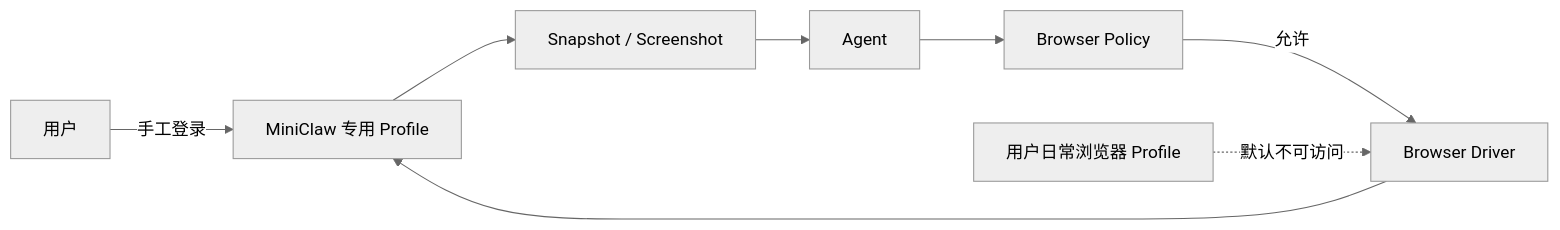
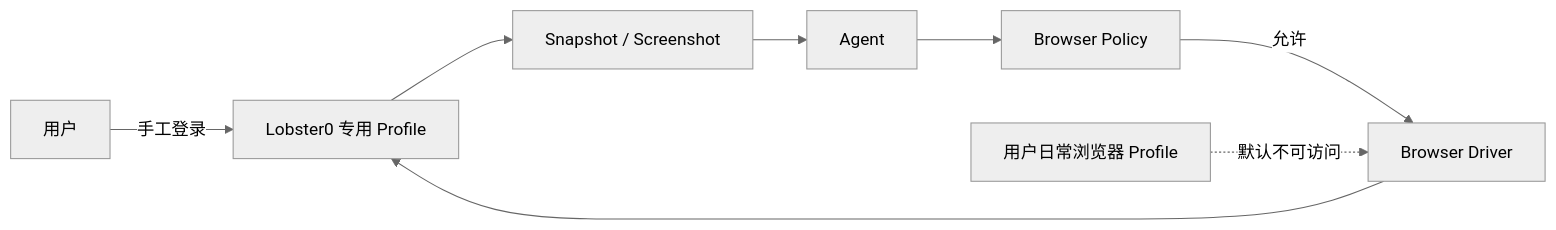
Before and after one commit to NEDONION/lobster0: the first of 4 diagrams in docs/architecture/20260808_OpenClaw-Hermes能力Gap与演进路线.md, drawn with Mermaid (neutral theme). The commit also changed other lines of this file and 221 other files, not shown here.

````diff
--- a/docs/architecture/20260808_OpenClaw-Hermes能力Gap与演进路线.md
+++ b/docs/architecture/20260808_OpenClaw-Hermes能力Gap与演进路线.md
@@ -162,10 +162,10 @@
 ```mermaid
 flowchart LR
-    USER["用户"] -->|"手工登录"| PROFILE["MiniClaw 专用 Profile"]
+    USER["用户"] -->|"手工登录"| PROFILE["Lobster0 专用 Profile"]
     AGENT["Agent"] --> POLICY["Browser Policy"]
     POLICY -->|"允许"| DRIVER["Browser Driver"]
     DRIVER --> PROFILE
     PROFILE --> SNAP["Snapshot / Screenshot"]
     SNAP --> AGENT
     PERSONAL["用户日常浏览器 Profile"] -. "默认不可访问" .-> DRIVER
 ```
````
